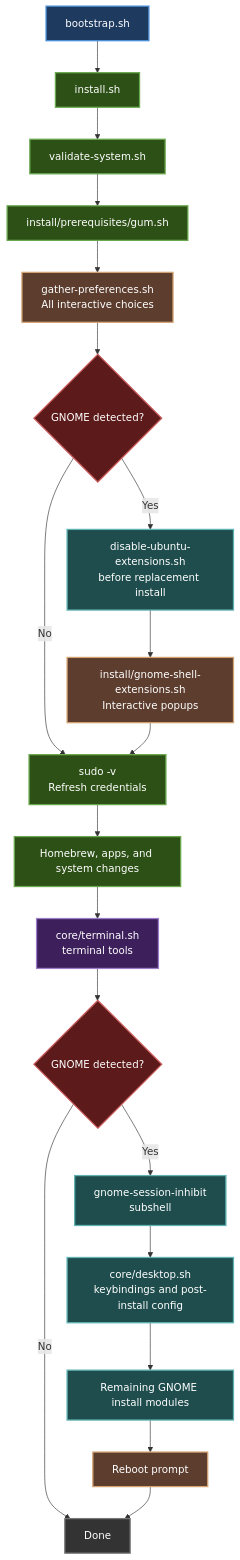
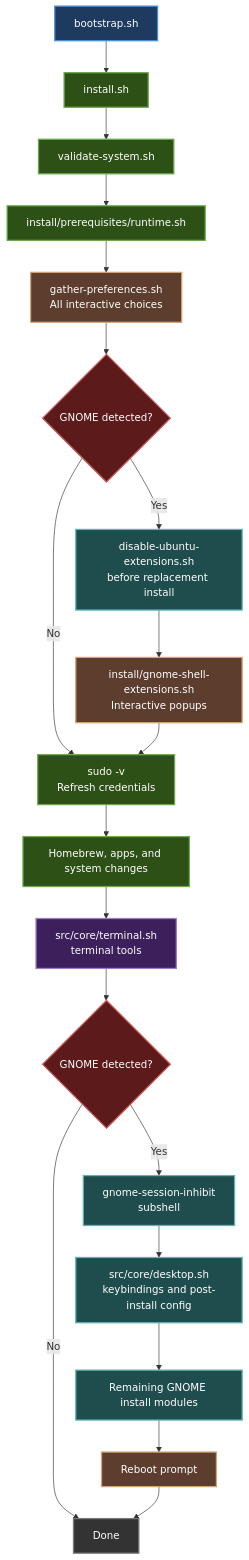
One commit to itsnin/justbuntu changed the first of 2 diagrams in CONTRIBUTING.md. Above: the diagram before and after it, drawn with Mermaid. The commit also changed other lines of this file and 183 other files, not shown here.

Commit message:
Move source into src and add Rust terminal

````diff
--- a/CONTRIBUTING.md
+++ b/CONTRIBUTING.md
@@ -73,30 +73,30 @@
 ```mermaid
 flowchart TD
     %% Color definitions — readable in both light and dark mode
     classDef entry fill:#1e3a5f,stroke:#4a90d9,stroke-width:2px,color:#ffffff
     classDef core fill:#2d5016,stroke:#6aa84f,stroke-width:2px,color:#ffffff
     classDef interactive fill:#5c3d2e,stroke:#d4a373,stroke-width:2px,color:#ffffff
     classDef terminal fill:#3d1f5c,stroke:#9b7cc9,stroke-width:2px,color:#ffffff
     classDef desktop fill:#1f4d4d,stroke:#5fb3b3,stroke-width:2px,color:#ffffff
     classDef decision fill:#5c1a1a,stroke:#c95a5a,stroke-width:2px,color:#ffffff
     classDef done fill:#333333,stroke:#777777,stroke-width:2px,color:#ffffff
 
     A[bootstrap.sh]:::entry --> B[install.sh]:::core
     B --> C[validate-system.sh]:::core
-    C --> D[install/prerequisites/gum.sh]:::core
+    C --> D[install/prerequisites/runtime.sh]:::core
     D --> E[gather-preferences.sh<br/>All interactive choices]:::interactive
     E --> F{GNOME detected?}:::decision
     F -->|Yes| G[disable-ubuntu-extensions.sh<br/>before replacement install]:::desktop
     G --> H[install/gnome-shell-extensions.sh<br/>Interactive popups]:::interactive
     F -->|No| I[sudo -v<br/>Refresh credentials]:::core
     H --> I
     I --> J[Homebrew, apps, and system changes]:::core
-    J --> K[core/terminal.sh<br/>terminal tools]:::terminal
+    J --> K[src/core/terminal.sh<br/>terminal tools]:::terminal
     K --> L{GNOME detected?}:::decision
     L -->|No| M[Done]:::done
     L -->|Yes| N[gnome-session-inhibit<br/>subshell]:::desktop
-    N --> O[core/desktop.sh<br/>keybindings and post-install config]:::desktop
+    N --> O[src/core/desktop.sh<br/>keybindings and post-install config]:::desktop
     O --> P[Remaining GNOME install modules]:::desktop
     P --> Q[Reboot prompt]:::interactive
     Q --> M
 ```
````
